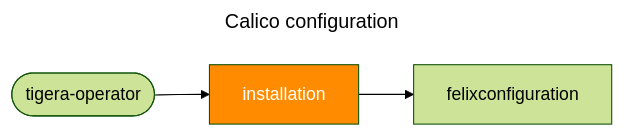
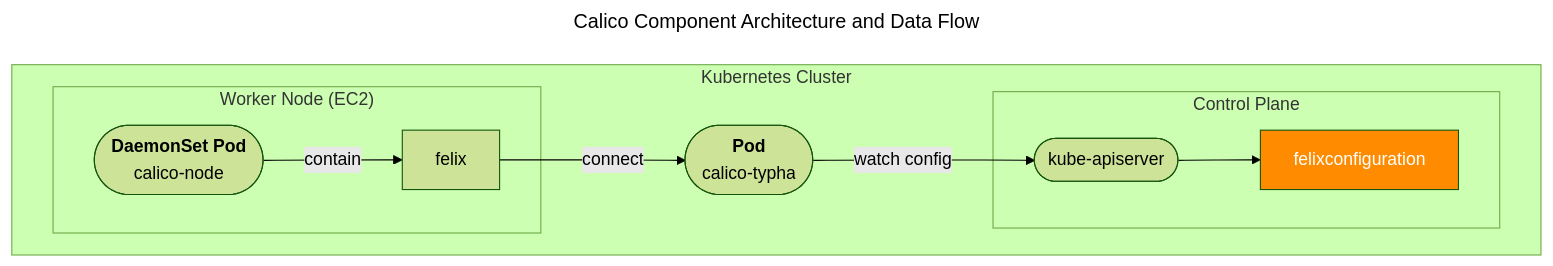
One commit to younsl/younsl.github.io changed the second of 2 diagrams in content/blog/calico-iptables-conflict/index.md. Above: the diagram before and after it, drawn with Mermaid (forest theme). The commit also changed other lines of this file, not shown here.

````diff
--- a/content/blog/calico-iptables-conflict/index.md
+++ b/content/blog/calico-iptables-conflict/index.md
@@ -192,13 +203,24 @@
 ```mermaid
 ---
-title: Calico configuration
+title: Calico Component Architecture and Data Flow
 ---
 flowchart LR
-  to(["tigera-operator"])
-  in["installation"]
-  fe["felixconfiguration"]
+    subgraph k8s["Kubernetes Cluster"]
+        direction LR
+        subgraph node["Worker Node (EC2)"]
+            c(["`**DaemonSet Pod**
+            calico-node`"])
+            f["felix"]
+        end
+        t(["`**Pod**
+        calico-typha`"])
+        subgraph cp["Control Plane"]
+            k(["kube-apiserver"])
+            fc["felixconfiguration"]
+        end
+    end
 
-  to --> in --> fe
+    c --contain--> f --connect--> t --watch config--> k --> fc
 
-  style in fill:darkorange, color:white
+    style fc fill:darkorange, color:white
 ```
````
